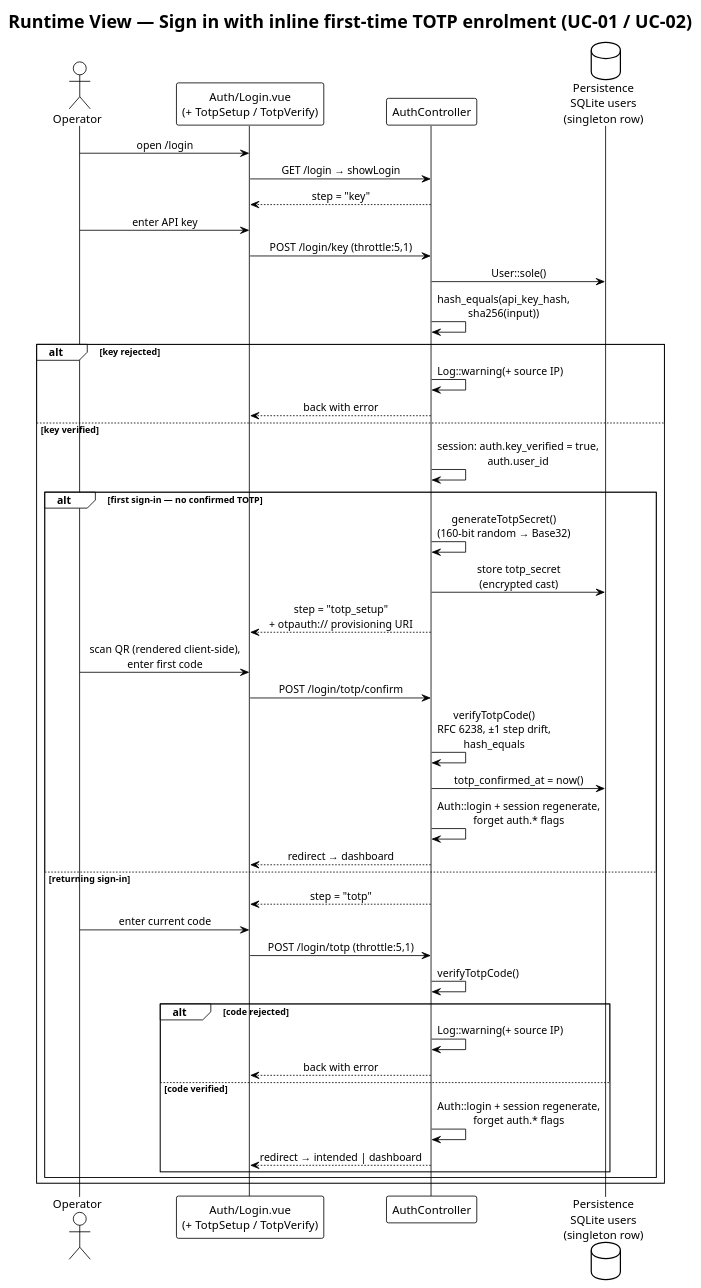
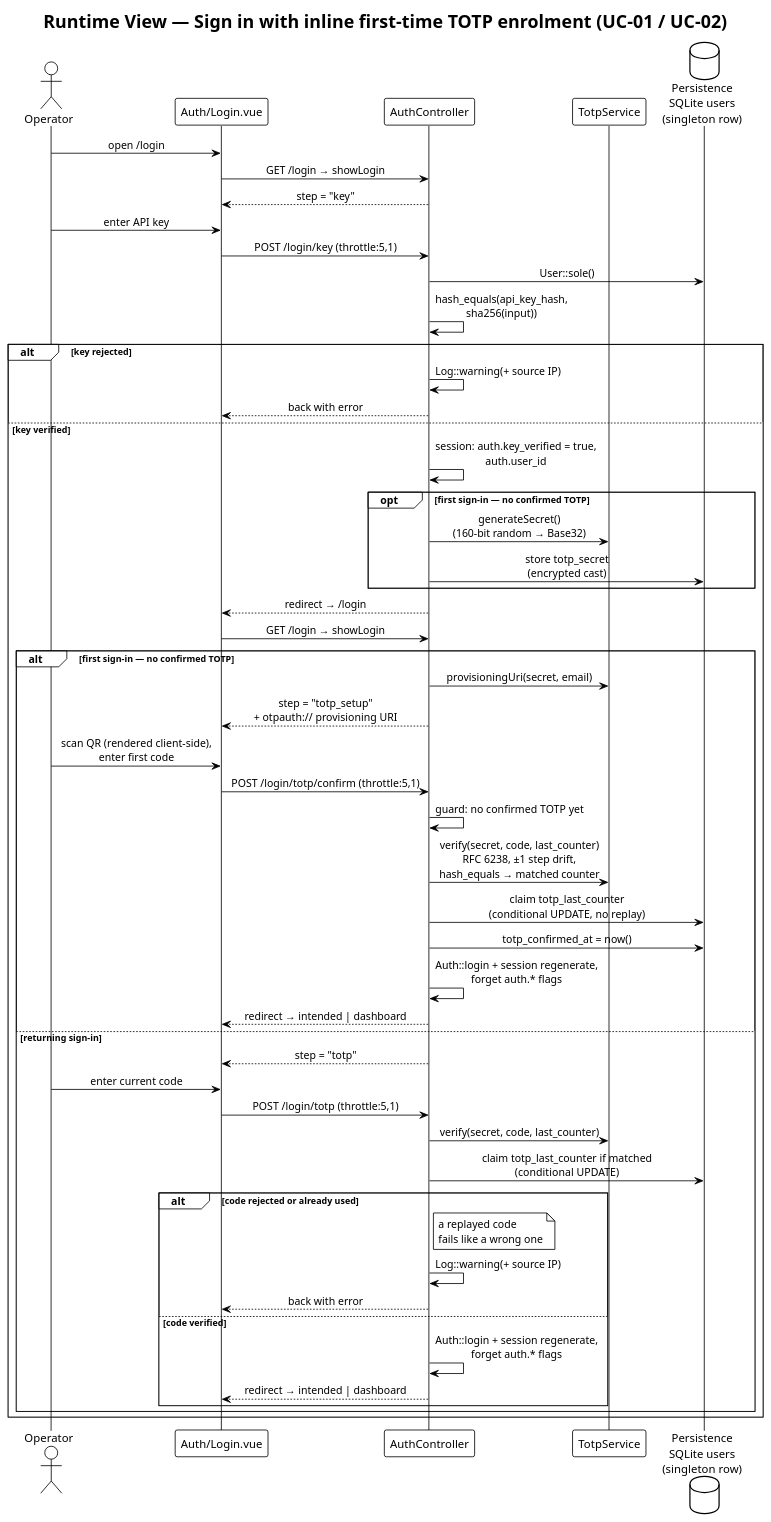
The diagram in docs/arch/diagrams/a06-sign-in.plantuml (carstenlucke/herold), drawn with PlantUML before and after one commit. The commit also changed 31 other files, not shown here.

First line of the commit message:
refactor(auth): extract TOTP into a dedicated service (#58)

```diff
--- a/docs/arch/diagrams/a06-sign-in.plantuml
+++ b/docs/arch/diagrams/a06-sign-in.plantuml
@@ -1,51 +1,61 @@
 @startuml a06-sign-in
 !theme plain
 skinparam sequenceMessageAlign center
 
 title Runtime View — Sign in with inline first-time TOTP enrolment (UC-01 / UC-02)
 
 actor Operator as op
-participant "Auth/Login.vue\n(+ TotpSetup / TotpVerify)" as ui
+participant "Auth/Login.vue" as ui
 participant "AuthController" as auth
+participant "TotpService" as totp
 database "Persistence\nSQLite users\n(singleton row)" as db
 
 op -> ui : open /login
 ui -> auth : GET /login → showLogin
 auth --> ui : step = "key"
 
 op -> ui : enter API key
 ui -> auth : POST /login/key (throttle:5,1)
 auth -> db : User::sole()
 auth -> auth : hash_equals(api_key_hash,\nsha256(input))
 
 alt key rejected
   auth -> auth : Log::warning(+ source IP)
   auth --> ui : back with error
 else key verified
   auth -> auth : session: auth.key_verified = true,\nauth.user_id
+  opt first sign-in — no confirmed TOTP
+    auth -> totp : generateSecret()\n(160-bit random → Base32)
+    auth -> db : store totp_secret\n(encrypted cast)
+  end
+  auth --> ui : redirect → /login
+  ui -> auth : GET /login → showLogin
   alt first sign-in — no confirmed TOTP
-    auth -> auth : generateTotpSecret()\n(160-bit random → Base32)
-    auth -> db : store totp_secret\n(encrypted cast)
+    auth -> totp : provisioningUri(secret, email)
     auth --> ui : step = "totp_setup"\n+ otpauth:// provisioning URI
     op -> ui : scan QR (rendered client-side),\nenter first code
-    ui -> auth : POST /login/totp/confirm
-    auth -> auth : verifyTotpCode()\nRFC 6238, ±1 step drift,\nhash_equals
+    ui -> auth : POST /login/totp/confirm (throttle:5,1)
+    auth -> auth : guard: no confirmed TOTP yet
+    auth -> totp : verify(secret, code, last_counter)\nRFC 6238, ±1 step drift,\nhash_equals → matched counter
+    auth -> db : claim totp_last_counter\n(conditional UPDATE, no replay)
     auth -> db : totp_confirmed_at = now()
     auth -> auth : Auth::login + session regenerate,\nforget auth.* flags
-    auth --> ui : redirect → dashboard
+    auth --> ui : redirect → intended | dashboard
   else returning sign-in
     auth --> ui : step = "totp"
     op -> ui : enter current code
     ui -> auth : POST /login/totp (throttle:5,1)
-    auth -> auth : verifyTotpCode()
-    alt code rejected
+    auth -> totp : verify(secret, code, last_counter)
+    auth -> db : claim totp_last_counter if matched\n(conditional UPDATE)
+    alt code rejected or already used
+      note right of auth : a replayed code\nfails like a wrong one
       auth -> auth : Log::warning(+ source IP)
       auth --> ui : back with error
     else code verified
       auth -> auth : Auth::login + session regenerate,\nforget auth.* flags
       auth --> ui : redirect → intended | dashboard
     end
   end
 end
 
 @enduml
```
